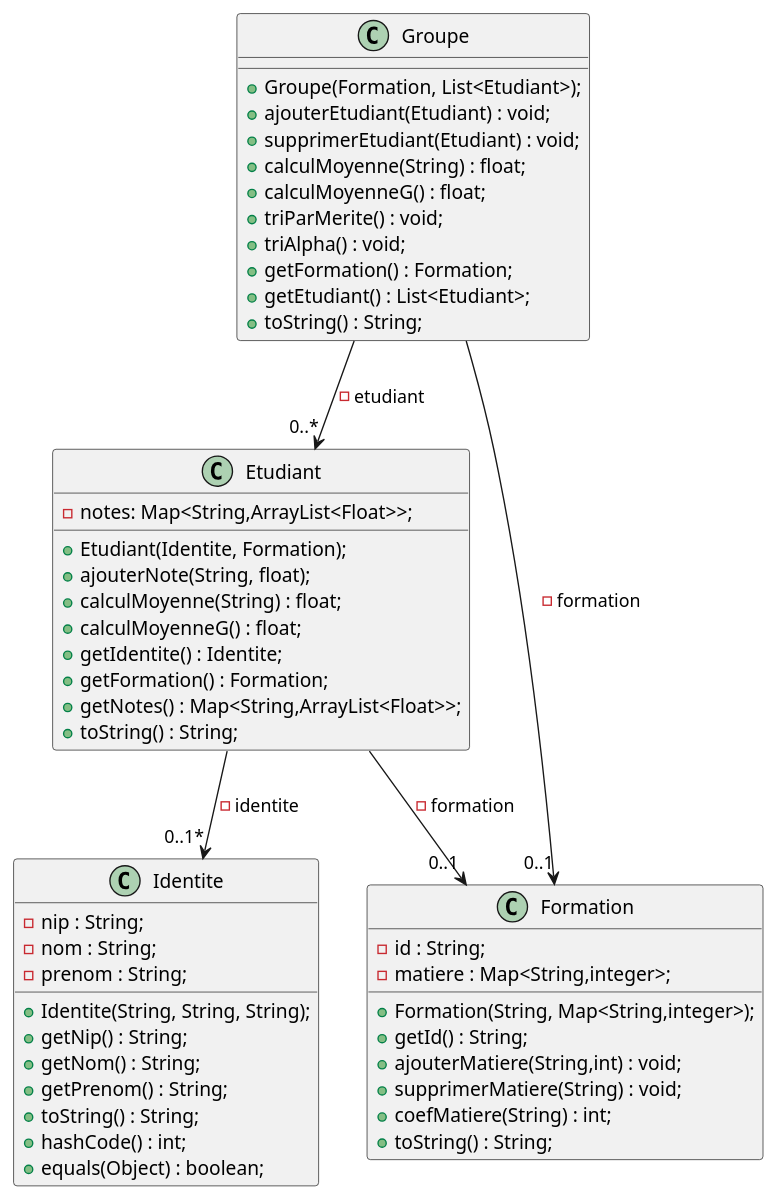
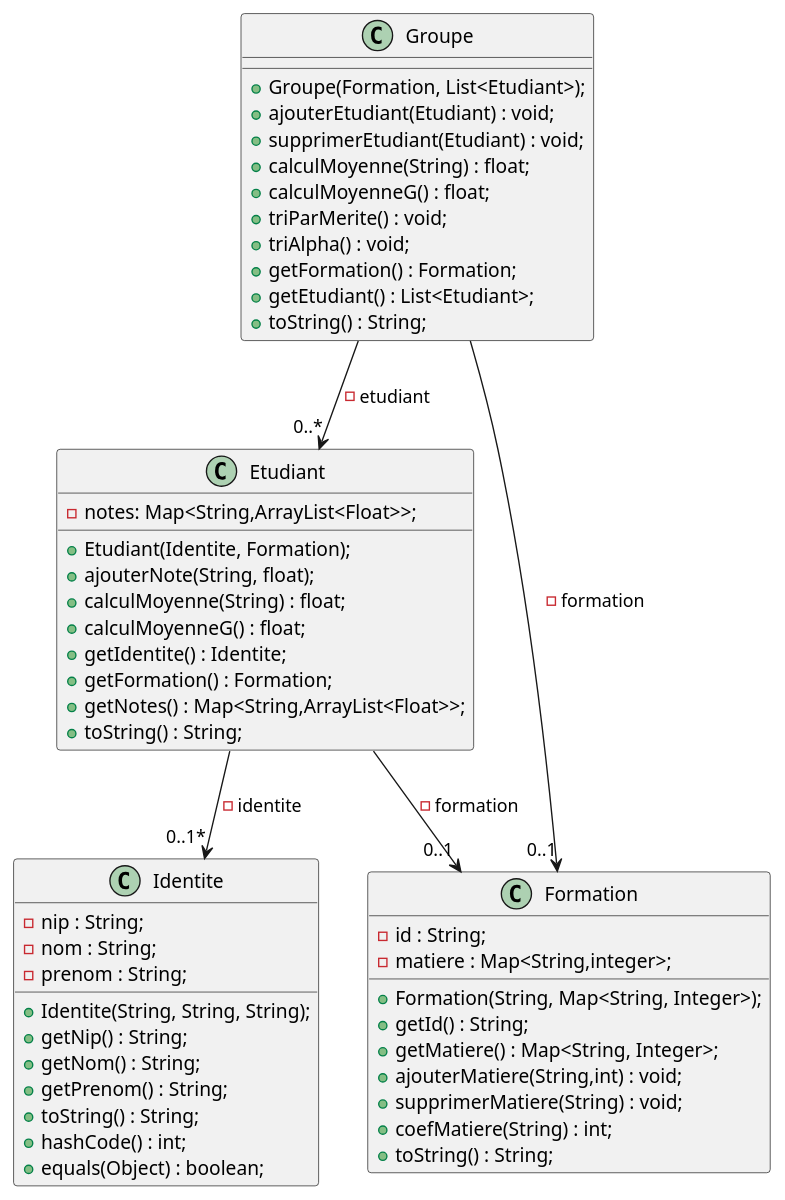
The diagram in documents/DiagClasse.puml (Wass54/Ex3-CPOA-ElBakhtaoui-Karakaya), drawn with PlantUML before and after one commit. The commit also changed 1 other file, not shown here.

Commit message:
Ajout d'un getteur dans formation et modification du diagramme de classe

```diff
--- a/documents/DiagClasse.puml
+++ b/documents/DiagClasse.puml
@@ -1,74 +1,75 @@
 @startuml
 
 '''classes 
 
 class Identite{
 
     - nip : String;
     - nom : String;
     - prenom : String;
 
     + Identite(String, String, String);
     + getNip() : String;
     + getNom() : String;
     + getPrenom() : String;
     + toString() : String;
     + hashCode() : int;
     + equals(Object) : boolean;
 
 }
 
 class Etudiant{
 
     - notes: Map<String,ArrayList<Float>>;
 
     + Etudiant(Identite, Formation);
     + ajouterNote(String, float);
     + calculMoyenne(String) : float;
     + calculMoyenneG() : float;
     + getIdentite() : Identite;
     + getFormation() : Formation;
     + getNotes() : Map<String,ArrayList<Float>>;
     + toString() : String;
 
 
 }
 
 class Formation{
 
     - id : String;
     - matiere : Map<String,integer>;
     
-    + Formation(String, Map<String,integer>);
+    + Formation(String, Map<String, Integer>);
     + getId() : String;
+    + getMatiere() : Map<String, Integer>;
     + ajouterMatiere(String,int) : void;
     + supprimerMatiere(String) : void;
     + coefMatiere(String) : int;
     + toString() : String;
 
 }
 
 class Groupe{
 
     + Groupe(Formation, List<Etudiant>);
     + ajouterEtudiant(Etudiant) : void;
     + supprimerEtudiant(Etudiant) : void;
     + calculMoyenne(String) : float;
     + calculMoyenneG() : float;
     + triParMerite() : void;
     + triAlpha() : void;
     + getFormation() : Formation;
     + getEtudiant() : List<Etudiant>;
     + toString() : String;
 }
 
 '''liaisons
 Etudiant  --> "0..1*" Identite : -identite
 Etudiant  --> "0..1" Formation : -formation
 Groupe  --> "0..*" Etudiant : -etudiant
 Groupe  --> "0..1" Formation : -formation
 
 
 
 
 @enduml
```
